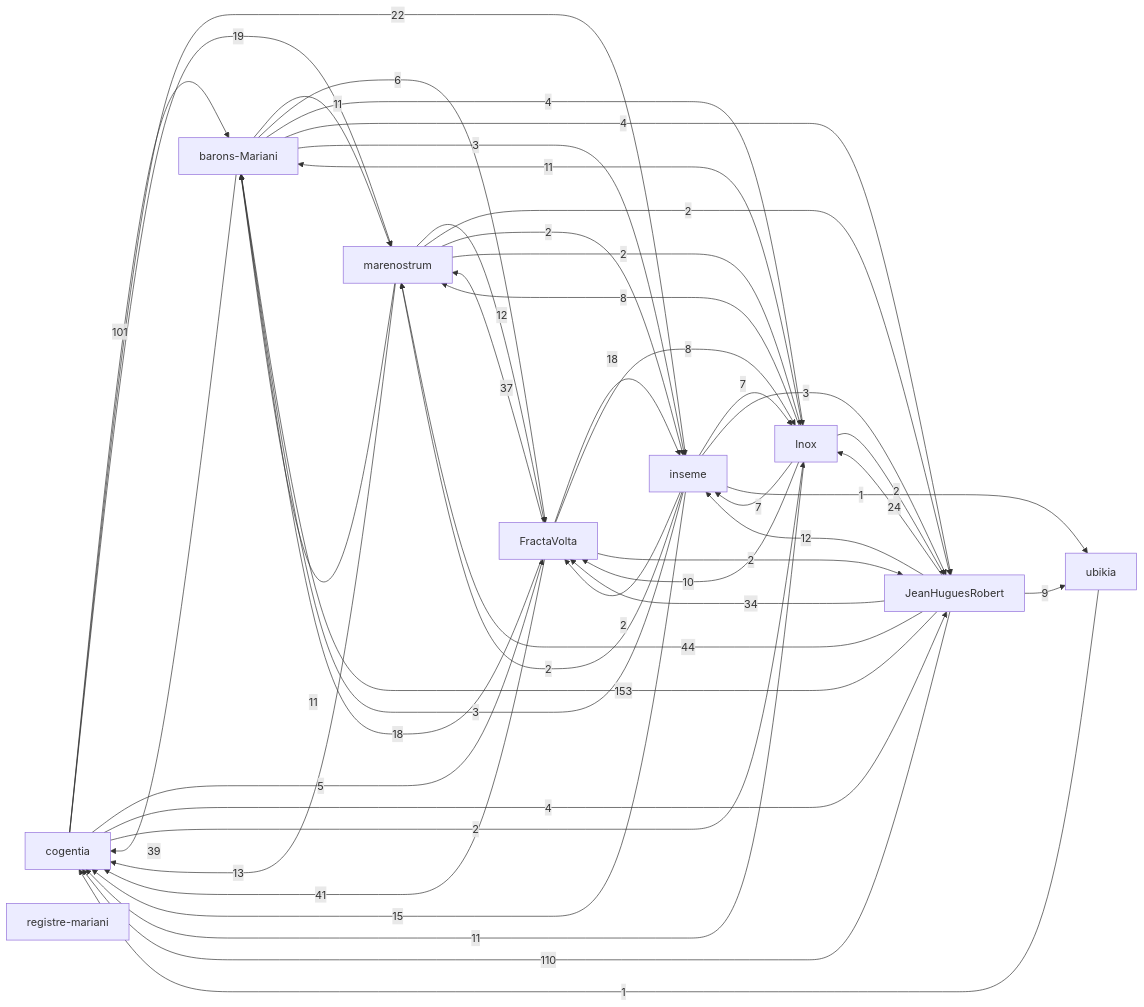
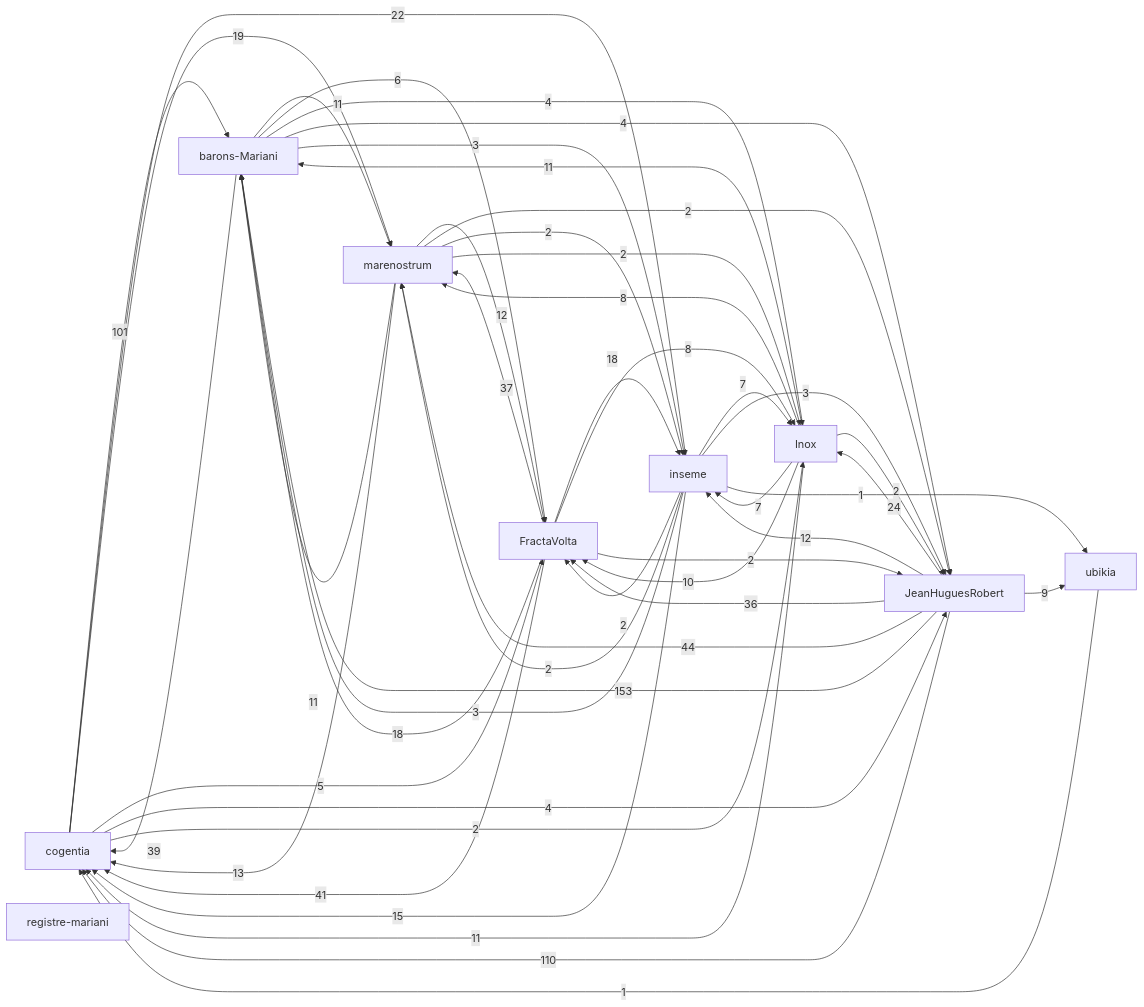
Before and after one commit to JeanHuguesRobert/FractaVolta: the first of 2 diagrams in research/corpus-status.md, drawn with Mermaid. The commit also changed other lines of this file and 22 other files, not shown here.

````diff
--- a/research/corpus-status.md
+++ b/research/corpus-status.md
@@ -48,57 +48,57 @@
 ```mermaid
 graph LR
   r_cogentia["cogentia"]
   r_fractavolta["FractaVolta"]
   r_marenostrum["marenostrum"]
   r_barons_mariani["barons-Mariani"]
   r_inseme["inseme"]
   r_inox["Inox"]
   r_registre_mariani["registre-mariani"]
   r_ubikia["ubikia"]
   r_jeanhuguesrobert["JeanHuguesRobert"]
   r_jeanhuguesrobert -->|153| r_barons_mariani
   r_jeanhuguesrobert -->|110| r_cogentia
   r_cogentia -->|101| r_barons_mariani
   r_jeanhuguesrobert -->|44| r_marenostrum
   r_fractavolta -->|41| r_cogentia
   r_barons_mariani -->|39| r_cogentia
   r_fractavolta -->|37| r_marenostrum
-  r_jeanhuguesrobert -->|34| r_fractavolta
+  r_jeanhuguesrobert -->|36| r_fractavolta
   r_jeanhuguesrobert -->|24| r_inox
   r_cogentia -->|22| r_inseme
   r_cogentia -->|19| r_marenostrum
   r_fractavolta -->|18| r_inseme
   r_fractavolta -->|18| r_barons_mariani
   r_inseme -->|15| r_cogentia
   r_marenostrum -->|13| r_cogentia
   r_jeanhuguesrobert -->|12| r_inseme
   r_marenostrum -->|12| r_fractavolta
   r_barons_mariani -->|11| r_marenostrum
   r_inox -->|11| r_barons_mariani
   r_inox -->|11| r_cogentia
   r_marenostrum -->|11| r_barons_mariani
   r_inox -->|10| r_fractavolta
   r_jeanhuguesrobert -->|9| r_ubikia
   r_fractavolta -->|8| r_inox
   r_inox -->|8| r_marenostrum
   r_inox -->|7| r_inseme
   r_inseme -->|7| r_inox
   r_barons_mariani -->|6| r_fractavolta
   r_cogentia -->|5| r_fractavolta
   r_barons_mariani -->|4| r_inox
   r_barons_mariani -->|4| r_jeanhuguesrobert
   r_cogentia -->|4| r_jeanhuguesrobert
   r_barons_mariani -->|3| r_inseme
   r_inseme -->|3| r_barons_mariani
   r_inseme -->|3| r_jeanhuguesrobert
   r_cogentia -->|2| r_inox
   r_fractavolta -->|2| r_jeanhuguesrobert
   r_inox -->|2| r_jeanhuguesrobert
   r_inseme -->|2| r_marenostrum
   r_inseme -->|2| r_fractavolta
   r_marenostrum -->|2| r_jeanhuguesrobert
   r_marenostrum -->|2| r_inseme
   r_marenostrum -->|2| r_inox
   r_inseme -->|1| r_ubikia
   r_ubikia -->|1| r_cogentia
 ```
````
